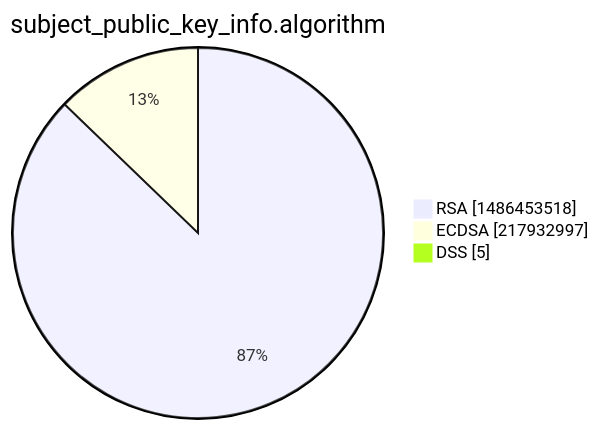
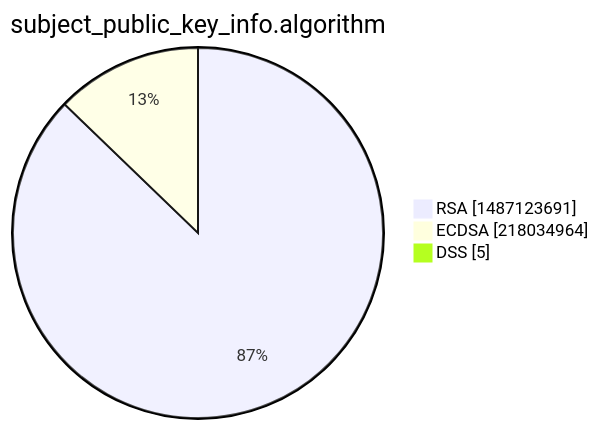
The third of 15 diagrams in xenon2022/README.md (christiankrug/ctmonitor_visualization), drawn with Mermaid before and after one commit. The commit also changed other lines of this file, not shown here.

````diff
--- a/xenon2022/README.md
+++ b/xenon2022/README.md
@@ -14,7 +14,7 @@
 ```mermaid
 pie showData
 title subject_public_key_info.algorithm
-"RSA" :1486453518
-"ECDSA" :217932997
+"RSA" :1487123691
+"ECDSA" :218034964
 "DSS" :5
 ```
````
